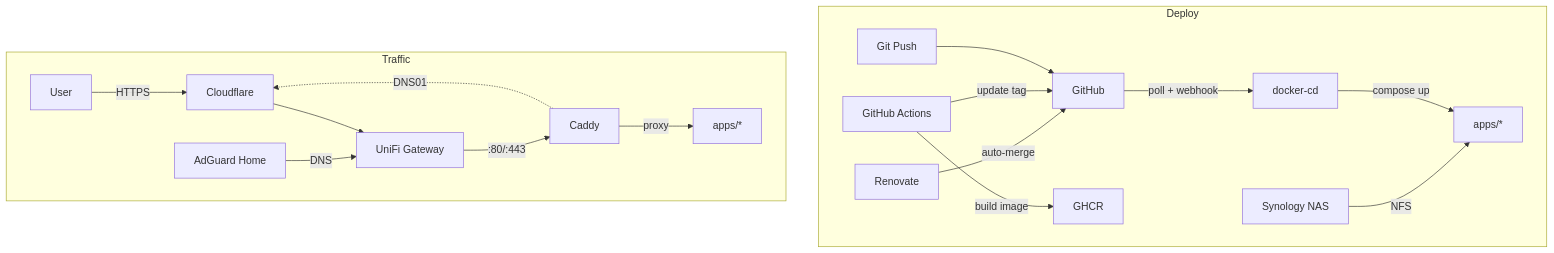
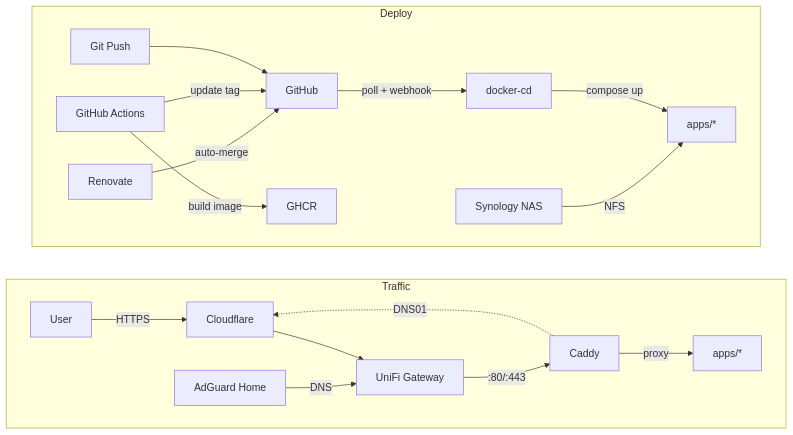
One commit to wajeht/home-ops changed the diagram in README.md. Above: the diagram before and after it, drawn with Mermaid.

Commit message:
docs: add traffic flow diagram to architecture explanation

````diff
--- a/README.md
+++ b/README.md
@@ -16,23 +16,25 @@
 ```mermaid
 flowchart TB
     subgraph deploy[Deploy]
         direction LR
         git[Git Push] --> github[GitHub]
         actions[GitHub Actions] -->|build image| ghcr[GHCR]
         actions -->|update tag| github
         renovate[Renovate] -->|auto-merge| github
         github -->|poll + webhook| docker_cd[docker-cd]
         docker_cd -->|compose up| apps[apps/*]
         nas[Synology NAS] -->|NFS| apps
     end
 
     subgraph traffic[Traffic]
         direction LR
         user[User] -->|HTTPS| cf[Cloudflare]
         cf --> unifi[UniFi Gateway]
         adguard[AdGuard Home] -->|DNS| unifi
         unifi -->|:80/:443| caddy[Caddy]
         caddy -->|proxy| apps2[apps/*]
         caddy -.->|DNS01| cf
     end
+
+    deploy ~~~ traffic
 ```
````
